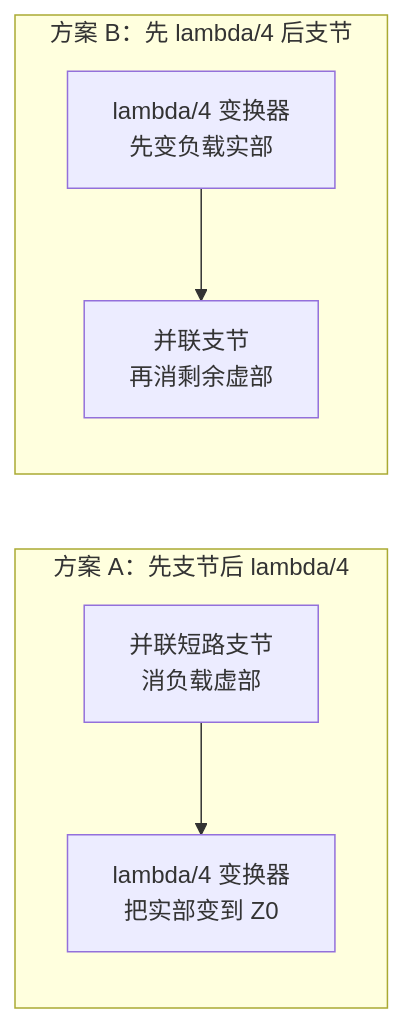
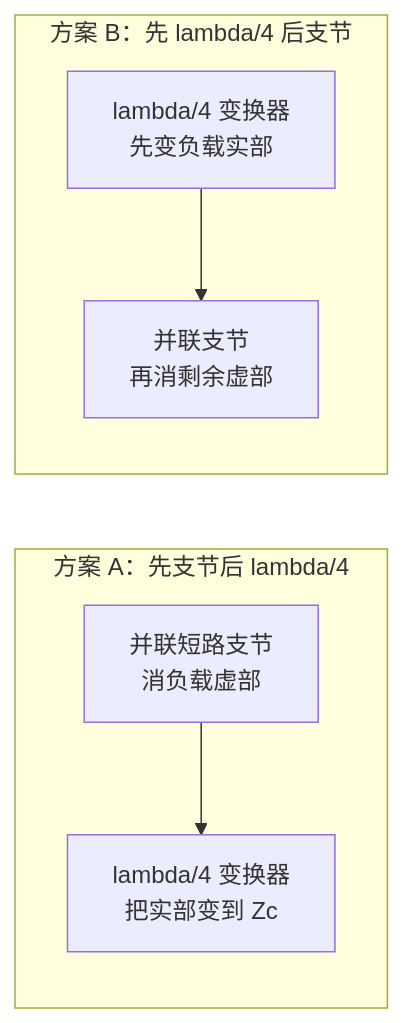
One commit to estelledc/hust-eic-microwave-from-scratch changed the diagram in content/guide/exam-review.md. Above: the diagram before and after it, drawn with Mermaid. The commit also changed other lines of this file and 104 other files, not shown here.

````diff
--- a/content/guide/exam-review.md
+++ b/content/guide/exam-review.md
@@ -62,9 +82,9 @@
 ```mermaid
 flowchart LR
   subgraph planA [方案 A：先支节后 lambda/4]
-    A1["并联短路支节\n消负载虚部"] --> A2["lambda/4 变换器\n把实部变到 Z0"]
+    A1["并联短路支节\n消负载虚部"] --> A2["lambda/4 变换器\n把实部变到 Zc"]
   end
   subgraph planB [方案 B：先 lambda/4 后支节]
     B1["lambda/4 变换器\n先变负载实部"] --> B2["并联支节\n再消剩余虚部"]
   end
 ```
````
